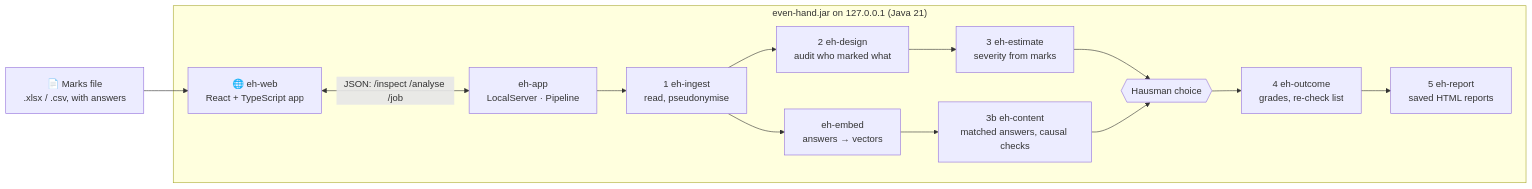
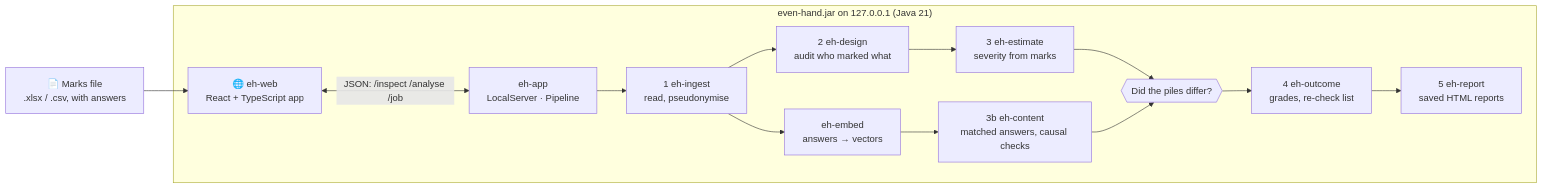
Before and after one commit to Zayaan3019/Even_Hand: the diagram in README.md, drawn with Mermaid. The commit also changed other lines of this file and 3 other files, not shown here.

````diff
--- a/README.md
+++ b/README.md
@@ -128,16 +131,16 @@
 ```mermaid
 flowchart LR
     F["📄 Marks file<br/>.xlsx / .csv, with answers"] --> W
     subgraph APP["even-hand.jar on 127.0.0.1 (Java 21)"]
         W["🌐 eh-web<br/>React + TypeScript app"] <-->|"JSON: /inspect /analyse /job"| S["eh-app<br/>LocalServer · Pipeline"]
         S --> I["1 eh-ingest<br/>read, pseudonymise"]
         I --> D["2 eh-design<br/>audit who marked what"]
         D --> E["3 eh-estimate<br/>severity from marks"]
         I --> M["eh-embed<br/>answers → vectors"]
         M --> C["3b eh-content<br/>matched answers, causal checks"]
-        E --> H{{"Hausman choice"}}
+        E --> H{{"Did the piles differ?"}}
         C --> H
         H --> O["4 eh-outcome<br/>grades, re-check list"]
         O --> R["5 eh-report<br/>saved HTML reports"]
     end
 ```
````
